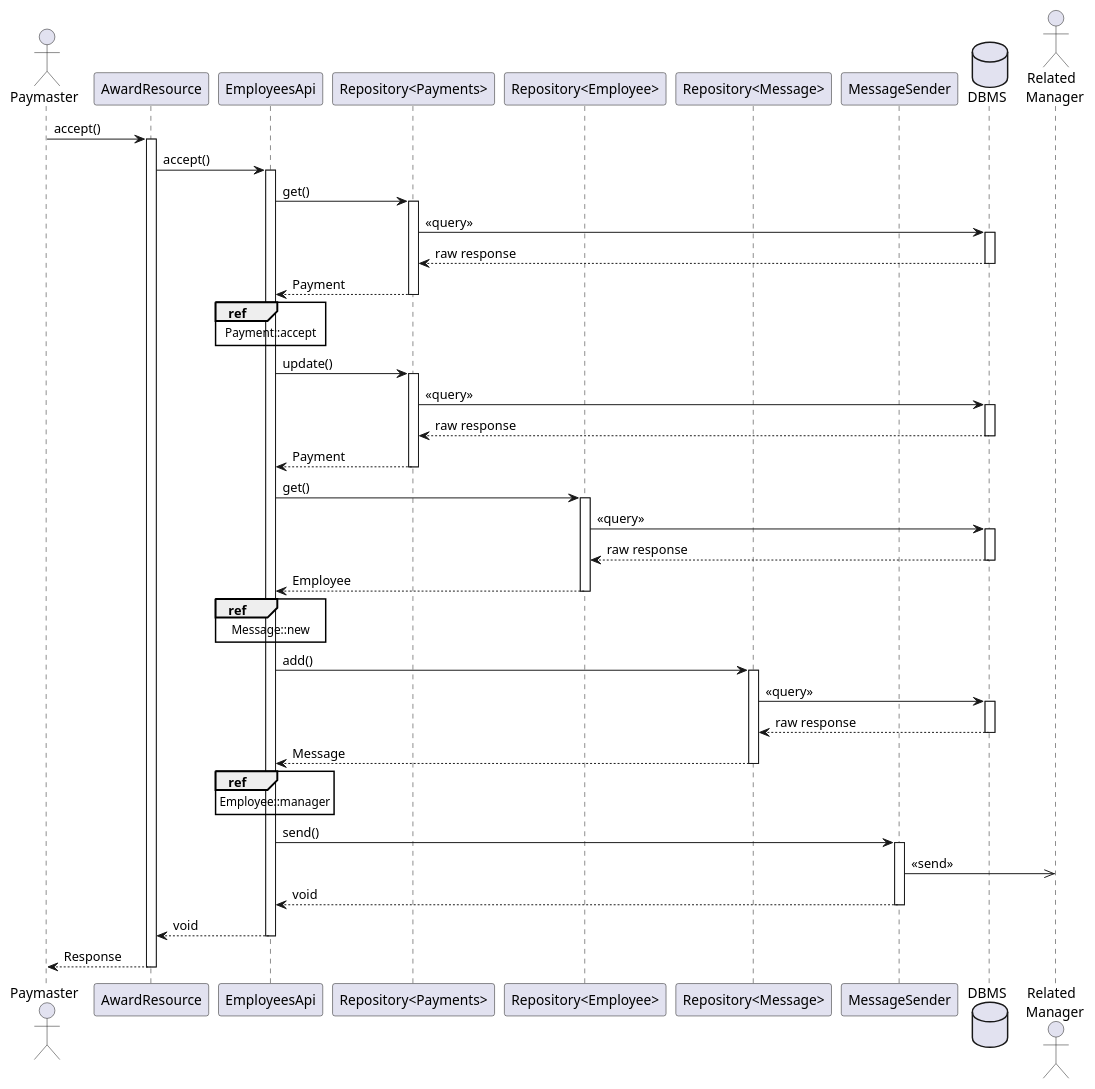
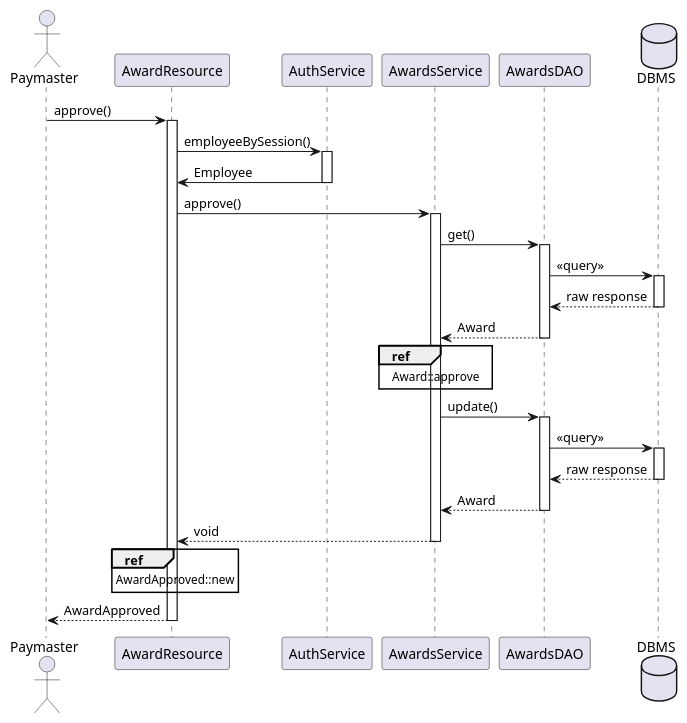
One commit to JohnKhandygo/employee-managment changed the diagram in diagrams/sequence/award/accept award.puml. Above: the diagram before and after it, drawn with PlantUML. The commit also changed 29 other files, not shown here.

Commit message:
update diagrams.

```diff
--- a/diagrams/sequence/award/accept award.puml
+++ b/diagrams/sequence/award/accept award.puml
@@ -1,71 +1,47 @@
 @startuml
 actor Paymaster as paymaster
 participant AwardResource as resource
-participant EmployeesApi as api
-participant "Repository<Payments>" as payments
-participant "Repository<Employee>" as employees
-participant "Repository<Message>" as messages
-participant "MessageSender" as sender
+participant AuthService as auth
+participant AwardsService as awards
+participant "AwardsDAO" as payments
 database DBMS
-actor "Related \n Manager" as manager
 
-paymaster -> resource : accept()
+paymaster -> resource : approve()
 activate resource
-resource -> api : accept()
-activate api
+
+''''' auth
+resource -> auth : employeeBySession()
+activate auth
+auth -> resource : Employee
+deactivate auth
+
+resource -> awards : approve()
+activate awards
 
 ''''' accept payment
-api -> payments : get()
+awards -> payments : get()
 activate payments
 payments -> DBMS : <<query>>
 activate DBMS
 DBMS --> payments : raw response
 deactivate DBMS
-payments --> api : Payment
+payments --> awards : Award
 deactivate payments
 
 ''''' update payment
-ref over api : Payment::accept
-api -> payments : update()
+ref over awards : Award::approve
+awards -> payments : update()
 activate payments
 payments -> DBMS : <<query>>
 activate DBMS
 DBMS --> payments : raw response
 deactivate DBMS
-payments --> api : Payment
+payments --> awards : Award
 deactivate payments
 
-''''' get awarded employee
-api -> employees : get()
-activate employees
-employees -> DBMS : <<query>>
-activate DBMS
-DBMS --> employees : raw response
-deactivate DBMS
-employees --> api : Employee
-deactivate employees
-
-''''' create message
-ref over api : Message::new
-api -> messages : add()
-activate messages
-messages -> DBMS : <<query>>
-activate DBMS
-DBMS --> messages : raw response
-deactivate DBMS
-messages --> api : Message
-deactivate messages
-
-''''' send a message to the manager
-ref over api : Employee::manager
-api -> sender : send()
-activate sender
-sender ->> manager : <<send>>
-sender --> api : void
-deactivate sender
-
-api -->  resource : void
-deactivate api
-resource --> paymaster : Response
+awards -->  resource : void
+deactivate awards
+ref over resource : AwardApproved::new
+resource --> paymaster : AwardApproved
 deactivate resource
 @enduml
```
